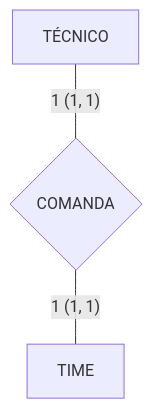
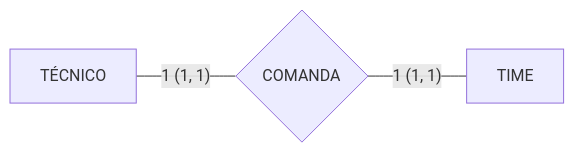
The sixth of 13 diagrams in 02. Modelagem de Dados/06. Modelagem de relacionamentos, cardinalidade e restrições de participação.md (leorruas/puc), drawn with Mermaid before and after one commit. The commit also changed other lines of this file and 6 other files, not shown here.

Commit message:
refactor: reformular estrategia visual de diagramas Mermaid e adicionar explorador interativo no app

````diff
--- a/02. Modelagem de Dados/06. Modelagem de relacionamentos, cardinalidade e restrições de participação.md
+++ b/02. Modelagem de Dados/06. Modelagem de relacionamentos, cardinalidade e restrições de participação.md
@@ -124,5 +124,5 @@
 ```mermaid
-flowchart TD
-    T1["TÉCNICO"] ---|"1 (1, 1)"| R1{"COMANDA"}
-    R1 ---|"1 (1, 1)"| TM1["TIME"]
+flowchart LR
+    T1["TÉCNICO"]:::data ---|"1 (1, 1)"| R1{"COMANDA"}:::component
+    R1 ---|"1 (1, 1)"| TM1["TIME"]:::data
 ```
````
